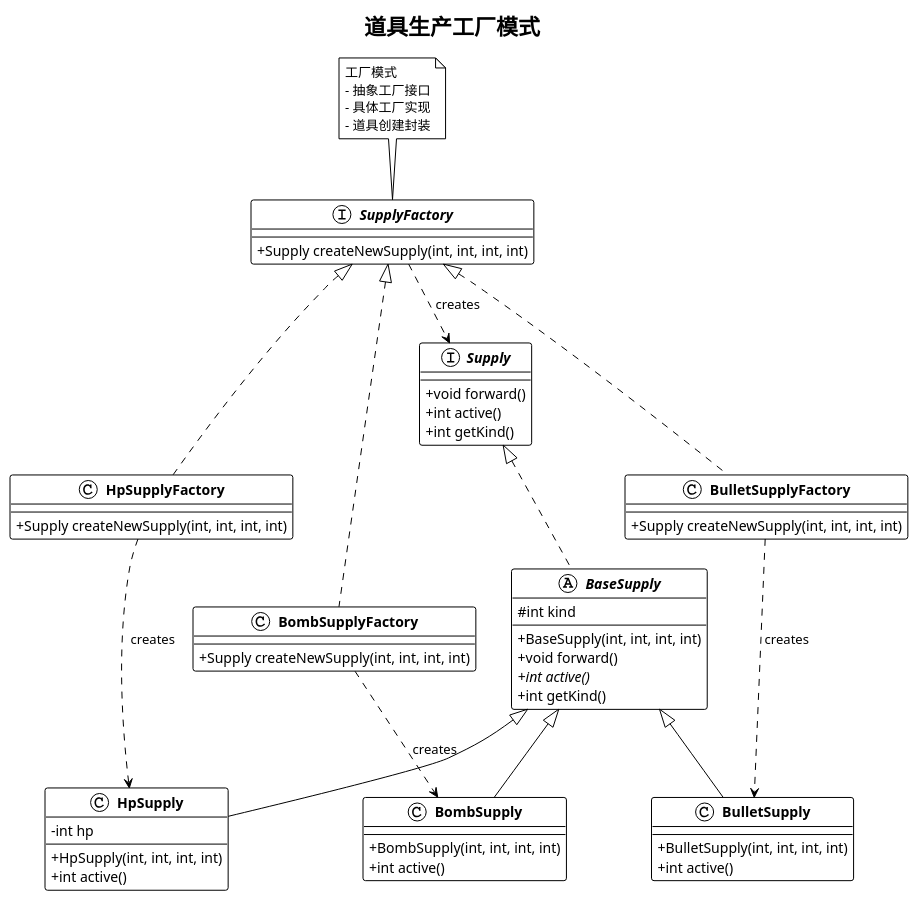
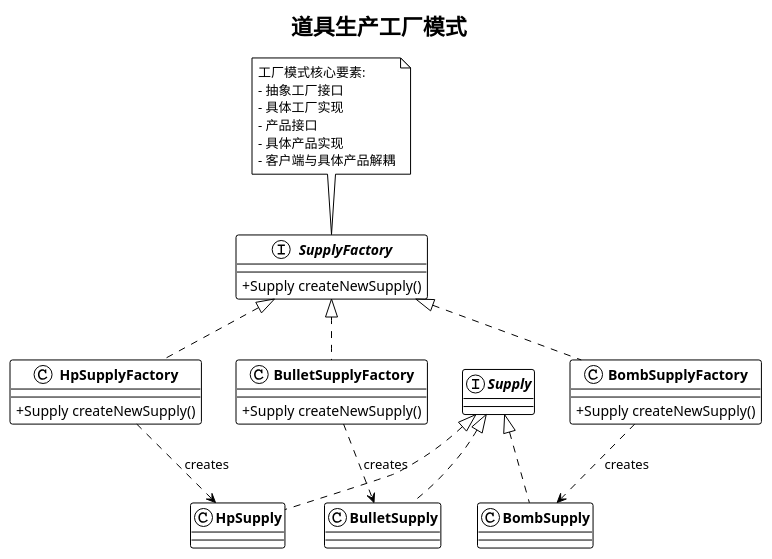
One commit to lxtf1216/AircraftWar changed the diagram in uml/SupplyFactoryPattern.puml. Above: the diagram before and after it, drawn with PlantUML. The commit also changed 2 other files, not shown here.

Commit message:
modify ump graphs

```diff
--- a/uml/SupplyFactoryPattern.puml
+++ b/uml/SupplyFactoryPattern.puml
@@ -1,73 +1,51 @@
 @startuml SupplyFactoryPattern
 
 !theme plain
 skinparam classAttributeIconSize 0
 skinparam classFontStyle bold
 
 title 道具生产工厂模式
 
-interface Supply {
-    + void forward()
-    + int active()
-    + int getKind()
+interface SupplyFactory {
+    + Supply createNewSupply()
 }
 
-abstract class BaseSupply {
-    # int kind
-    
-    + BaseSupply(int, int, int, int)
-    + void forward()
-    + {abstract} int active()
-    + int getKind()
+class HpSupplyFactory {
+    + Supply createNewSupply()
+}
+
+class BulletSupplyFactory {
+    + Supply createNewSupply()
+}
+
+class BombSupplyFactory {
+    + Supply createNewSupply()
+}
+
+interface Supply {
 }
 
 class HpSupply {
-    - int hp
-    
-    + HpSupply(int, int, int, int)
-    + int active()
 }
 
 class BulletSupply {
-    + BulletSupply(int, int, int, int)
-    + int active()
 }
 
 class BombSupply {
-    + BombSupply(int, int, int, int)
-    + int active()
 }
-
-interface SupplyFactory {
-    + Supply createNewSupply(int, int, int, int)
-}
-
-class HpSupplyFactory {
-    + Supply createNewSupply(int, int, int, int)
-}
-
-class BulletSupplyFactory {
-    + Supply createNewSupply(int, int, int, int)
-}
-
-class BombSupplyFactory {
-    + Supply createNewSupply(int, int, int, int)
-}
-
-Supply <|.. BaseSupply
-BaseSupply <|-- HpSupply
-BaseSupply <|-- BulletSupply
-BaseSupply <|-- BombSupply
 
 SupplyFactory <|.. HpSupplyFactory
 SupplyFactory <|.. BulletSupplyFactory
 SupplyFactory <|.. BombSupplyFactory
 
-SupplyFactory ..> Supply : creates
+Supply <|.. HpSupply
+Supply <|.. BulletSupply
+Supply <|.. BombSupply
+
 HpSupplyFactory ..> HpSupply : creates
 BulletSupplyFactory ..> BulletSupply : creates
 BombSupplyFactory ..> BombSupply : creates
 
-note top of SupplyFactory : 工厂模式\n- 抽象工厂接口\n- 具体工厂实现\n- 道具创建封装
+note top of SupplyFactory : 工厂模式核心要素:\n- 抽象工厂接口\n- 具体工厂实现\n- 产品接口\n- 具体产品实现\n- 客户端与具体产品解耦
 
 @enduml
```
